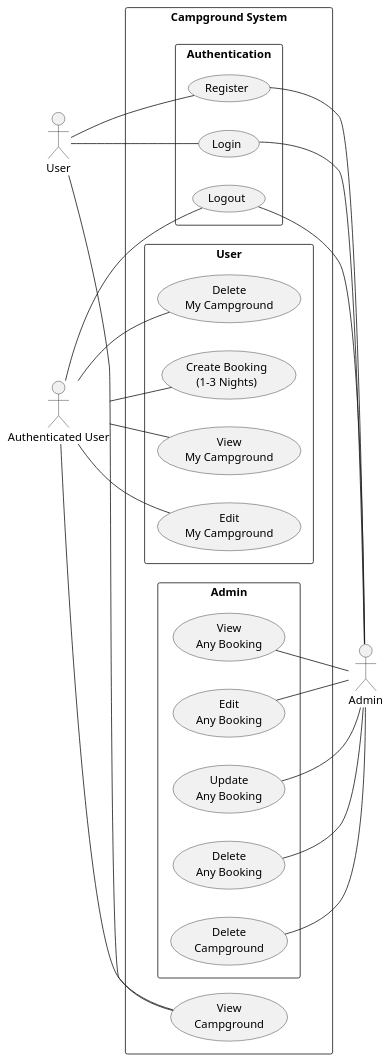
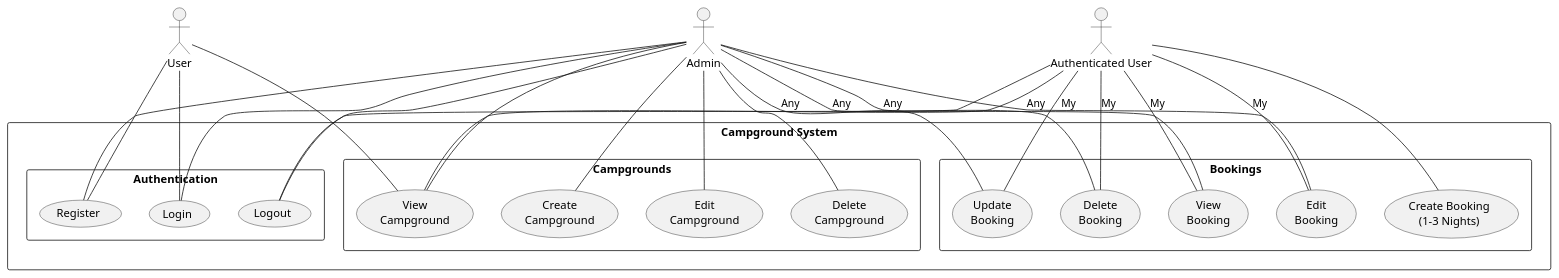
The diagram in puml/usecase.puml (2110503-CEDT68/be-project-68-backshot), drawn with PlantUML before and after one commit. The commit also changed 3 other files, not shown here.

```diff
--- a/puml/usecase.puml
+++ b/puml/usecase.puml
@@ -1,52 +1,55 @@
 @startuml Campground System Use Case Diagram
-left to right direction
 
 actor "User" as user
+actor "Authenticated User" as authuser
+actor "Admin" as admin
+
 rectangle "Campground System" as CampSystem {
-    usecase "View\nCampground" as viewcamp
 
     rectangle "Authentication" as auth {
         usecase "Register" as register
         usecase "Login" as login
         usecase "Logout" as logout
     }
 
-    rectangle "User" as users {
-        usecase "View\nMy Campground" as mycamp
-        usecase "Edit\nMy Campground" as editmycamp
-        usecase "Delete\nMy Campground" as deletemycamp
-        usecase "Create Booking\n(1-3 Nights)" as create
-    }
-    rectangle "Admin" as admins {
-        usecase "Edit\nAny Booking" as editbooking
-        usecase "Update\nAny Booking" as updatebooking
-        usecase "Delete\nAny Booking" as deletebooking
+    rectangle "Campgrounds" as campgrounds {
+        usecase "View\nCampground" as viewcamp
+        usecase "Create\nCampground" as createcamp
+        usecase "Edit\nCampground" as editcamp
         usecase "Delete\nCampground" as deletecamp
-        usecase "View\nAny Booking" as viewbook
     }
 
-    
+    rectangle "Bookings" as bookings {
+        usecase "Create Booking\n(1-3 Nights)" as createbook
+        usecase "View\nBooking" as viewbook
+        usecase "Edit\nBooking" as editbook
+        usecase "Update\nBooking" as updatebook
+        usecase "Delete\nBooking" as deletebook
+    }
 }
 
 user -- register
 user -- login
-user -- viewcamp  
+user -- viewcamp
 
-actor "Authenticated User" as authuser
 authuser -- logout
-authuser -- create
 authuser -- viewcamp
-authuser -- mycamp
-authuser -- editmycamp
-authuser -- deletemycamp
-  
-actor "Admin" as admin
-register -- admin
-login -- admin
-logout -- admin
-editbooking -- admin
-updatebooking -- admin
-deletebooking -- admin
-deletecamp -- admin
-viewbook -- admin
+authuser -- createbook
+authuser -- viewbook : My
+authuser -- editbook : My
+authuser -- updatebook : My
+authuser -- deletebook : My
+
+admin -- register
+admin -- login
+admin -- logout
+admin -- viewcamp
+admin -- createcamp
+admin -- editcamp
+admin -- deletecamp
+admin -- viewbook : Any
+admin -- editbook : Any
+admin -- updatebook : Any
+admin -- deletebook : Any
+
 @enduml
```
